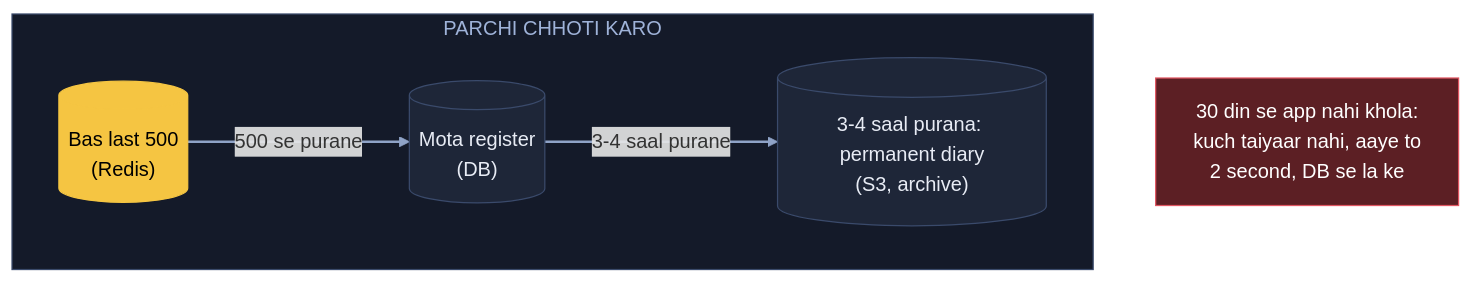
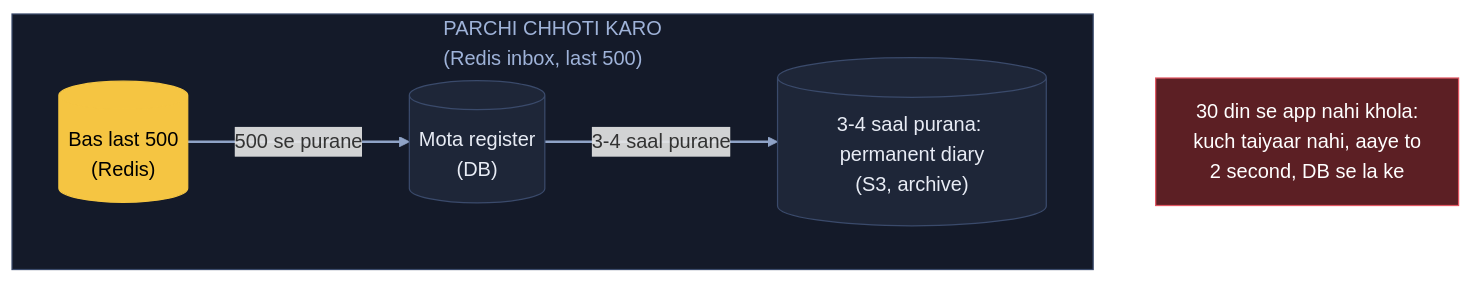
One commit to ArpanMaheshwari144/Prep changed the sixth of 21 diagrams in 04_HLD/SYSTEM_DESIGNS/03_twitter_feed/03_twitter_feed.md. Above: the diagram before and after it, drawn with Mermaid. The commit also changed other lines of this file and 22 other files, not shown here.

Commit message:
Diagram: sirf kahani ke dohraaye shabd pe bracket, us jagah notes wala matlab (207 label)

````diff
--- a/04_HLD/SYSTEM_DESIGNS/03_twitter_feed/03_twitter_feed.md
+++ b/04_HLD/SYSTEM_DESIGNS/03_twitter_feed/03_twitter_feed.md
@@ -263,17 +263,17 @@
 ```mermaid
 flowchart TB
-    subgraph PC["PARCHI CHHOTI KARO"]
+    subgraph PC["PARCHI CHHOTI KARO<br/>(Redis inbox, last 500)"]
         IN[("Bas last 500<br/>(Redis)")]:::pill
         DB[("Mota register<br/>(DB)")]:::card
         S3[("3-4 saal purana: permanent diary<br/>(S3, archive)")]:::card
     end
     X["30 din se app nahi khola:<br/>kuch taiyaar nahi, aaye to<br/>2 second, DB se la ke"]:::bad
     IN -- "500 se purane" --> DB
     DB -- "3-4 saal purane" --> S3
     linkStyle default stroke:#8fa3c7,stroke-width:2px
     classDef card fill:#1e2638,stroke:#3a4a6b,color:#e8ecf5
     classDef pill fill:#f5c542,stroke:#f5c542,color:#000
     classDef good fill:#2e7d4f,stroke:#3fbf6f,color:#fff
     classDef bad fill:#5c1f24,stroke:#e05561,color:#fff
     style PC fill:#141a29,stroke:#3a4a6b,color:#9fb3d9
 ```
````
